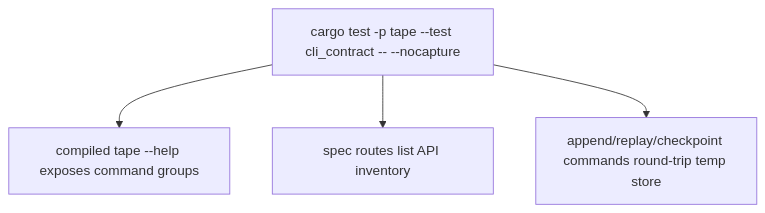
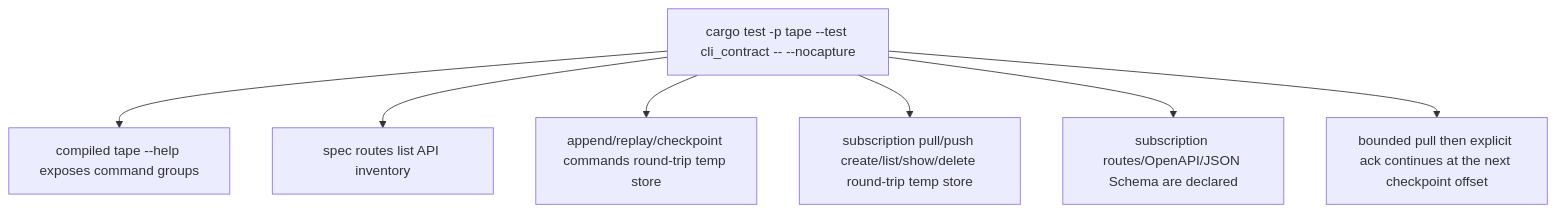
Before and after one commit to chrischeng-c4/axiom: the diagram in apps/tape/tech-design/semantic/source/apps-tape-tests-cli-contract-rs.md, drawn with Mermaid. The commit also changed other lines of this file and 340 other files, not shown here.

````diff
--- a/apps/tape/tech-design/semantic/source/apps-tape-tests-cli-contract-rs.md
+++ b/apps/tape/tech-design/semantic/source/apps-tape-tests-cli-contract-rs.md
@@ -31,9 +41,12 @@
 ```mermaid
 ---
 id: tape-td-flow
 ---
 flowchart TD
     test["cargo test -p tape --test cli_contract -- --nocapture"] --> help["compiled tape --help exposes command groups"]
     test --> spec["spec routes list API inventory"]
     test --> workflow["append/replay/checkpoint commands round-trip temp store"]
+    test --> subscriptions["subscription pull/push create/list/show/delete round-trip temp store"]
+    test --> subscription_spec["subscription routes/OpenAPI/JSON Schema are declared"]
+    test --> pullack["bounded pull then explicit ack continues at the next checkpoint offset"]
 ```
````
